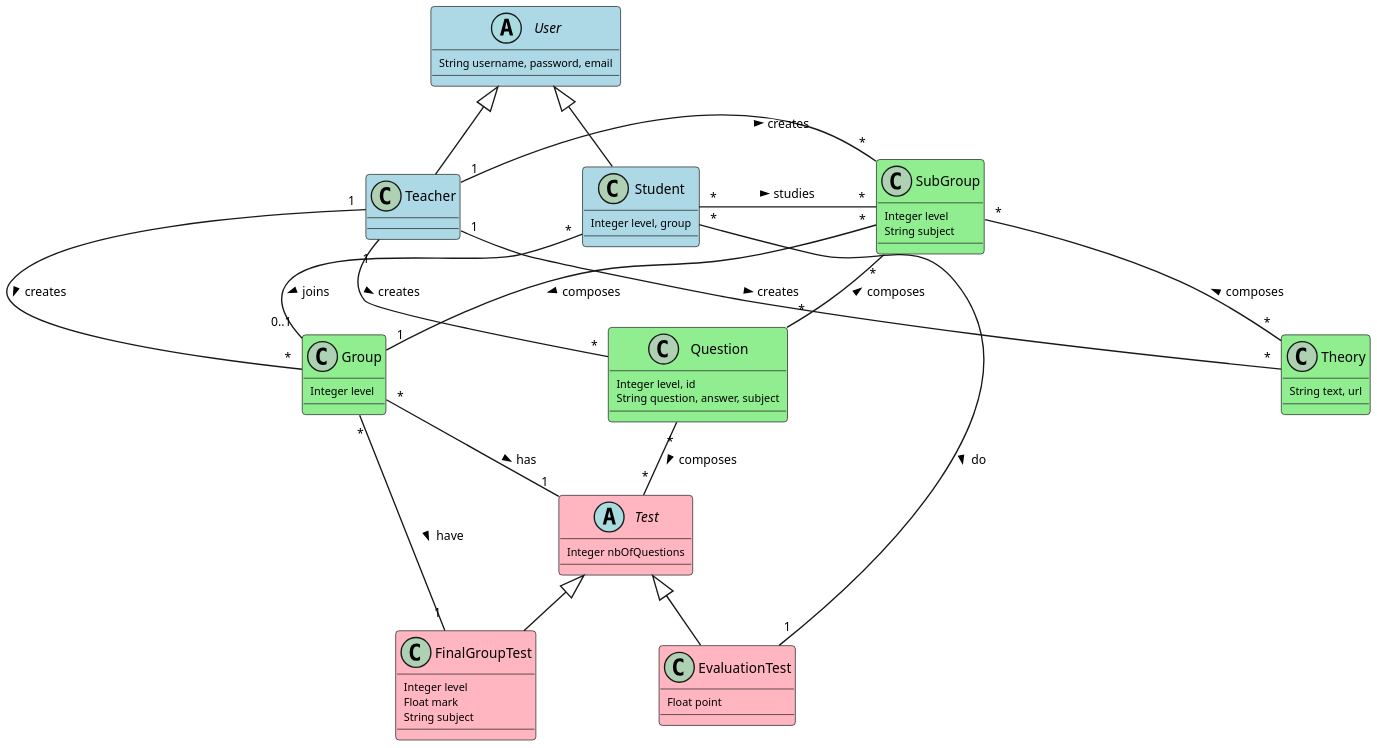
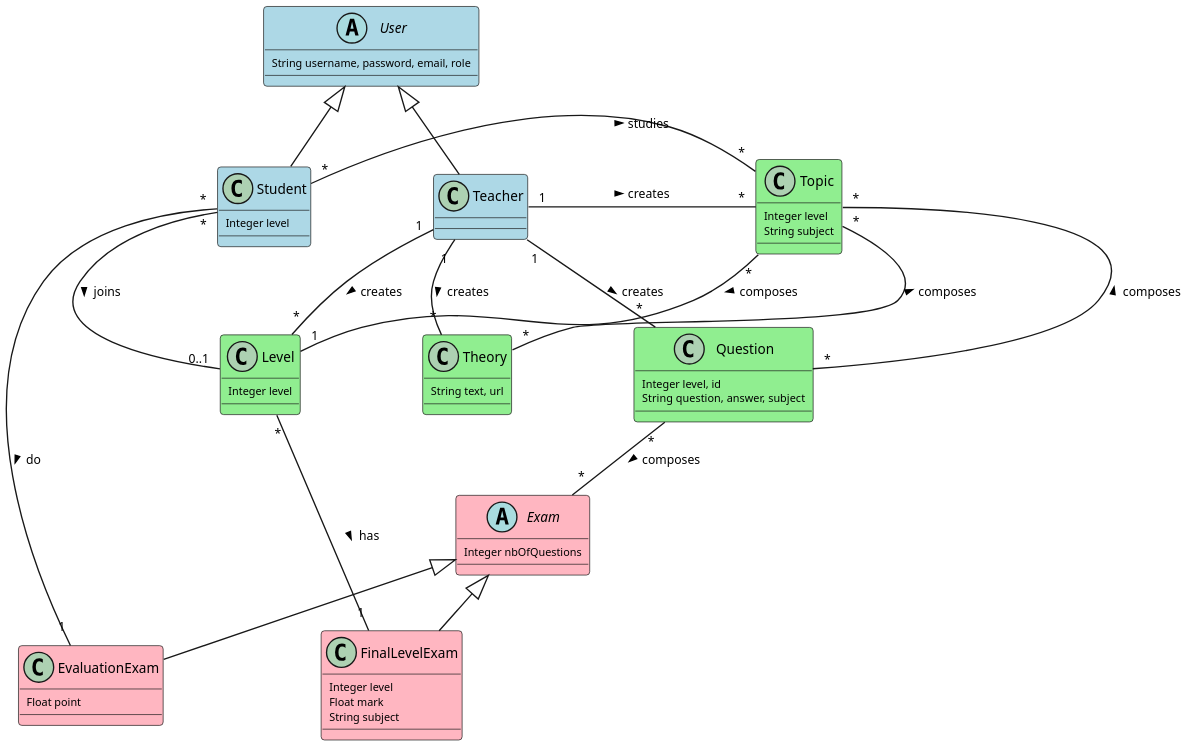
The diagram in UML_diagram.puml (UdL-EPS-SoftArch/LearnIT-API), drawn with PlantUML before and after one commit. The commit also changed 5 other files, not shown here.

```diff
--- a/UML_diagram.puml
+++ b/UML_diagram.puml
@@ -1,77 +1,76 @@
 @startuml
 skinparam dpi 200
 skinparam classAttributeFontSize 8
 skinparam classArrowFontSize 9
 skinparam classFontSize 10
 skinparam nodesep 90
 skinparam ranksep 40
 hide stereotype
 skinparam class {
 	BackgroundColor White
-	BackgroundColor<<Test>> LightPink
+	BackgroundColor<<Exam>> LightPink
 	BackgroundColor<<User>> LightBlue
-	BackgroundColor<<Group>> LightGreen
+	BackgroundColor<<Level>> LightGreen
 }
 
 abstract class User <<User>> {
-    String username, password, email
+    String username, password, email, role
 }
 
 class Teacher <<User>> extends User {
 }
 
 class Student <<User>> extends User {
-    Integer level, group
+    Integer level
 }
 
 
 
-abstract class Test <<Test>> {
+abstract class Exam <<Exam>> {
     Integer nbOfQuestions
 }
 
-class EvaluationTest <<Test>> extends Test {
+class EvaluationExam <<Exam>> extends Exam {
     Float point
 }
 
-class FinalGroupTest <<Test>> extends Test {
+class FinalLevelExam <<Exam>> extends Exam {
      Integer level
      Float mark
      String subject
 }
 
-class Theory <<Group>> {
+class Theory <<Level>> {
     String text, url
 }
 
-class Group <<Group>> {
+class Level <<Level>> {
     Integer level
 }
 
-class SubGroup <<Group>> {
+class Topic <<Level>> {
     Integer level
     String subject
 }
 
-class Question <<Group>> {
+class Question <<Level>> {
     Integer level, id
     String question, answer, subject
 }
 
-EvaluationTest "1" -left- "*" Student: do <
-FinalGroupTest "1" -left- "*" Group: have <
-SubGroup "*" -left- "*" Student: studies <
-Group "0..1" -left- "*" Student: joins <
+EvaluationExam "1" -left- "*" Student: do <
+FinalLevelExam "1" -left- "*" Level: has <
+Topic "*" -left- "*" Student: studies <
+Level "0..1" -left- "*" Student: joins <
 
-Group "*" -left- "1" Teacher: creates <
-SubGroup "*" -left- "1" Teacher: creates <
+Level "*" -left- "1" Teacher: creates <
+Topic "*" -left- "1" Teacher: creates <
 Question "*" -left- "1" Teacher: creates <
 Theory "*" -left- "1" Teacher: creates <
 
-Question "*" -up- "*" SubGroup: composes >
-Theory "*" -up- "*" SubGroup: composes >
-Group "1" -up- "*" SubGroup: composes <
+Question "*" -up- "*" Topic: composes >
+Theory "*" -up- "*" Topic: composes >
+Level "1" -up- "*" Topic: composes <
 
-Question "*" -- "*" Test: composes >
-Group "*" -- "1" Test: has >
+Question "*" -- "*" Exam: composes >
 @enduml
```
